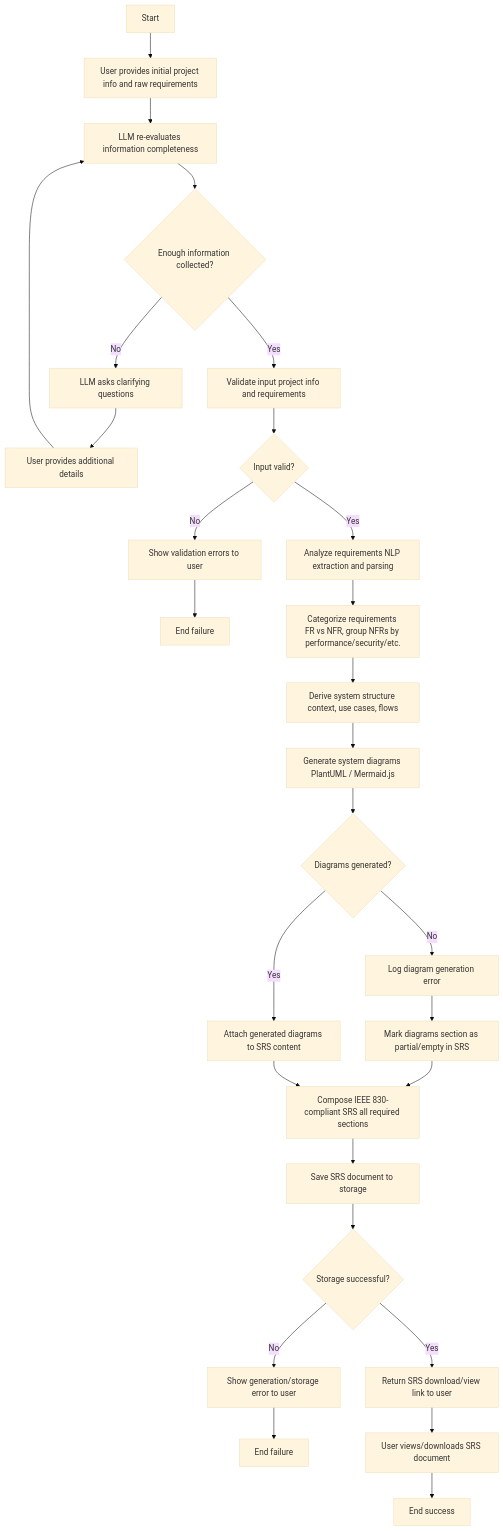
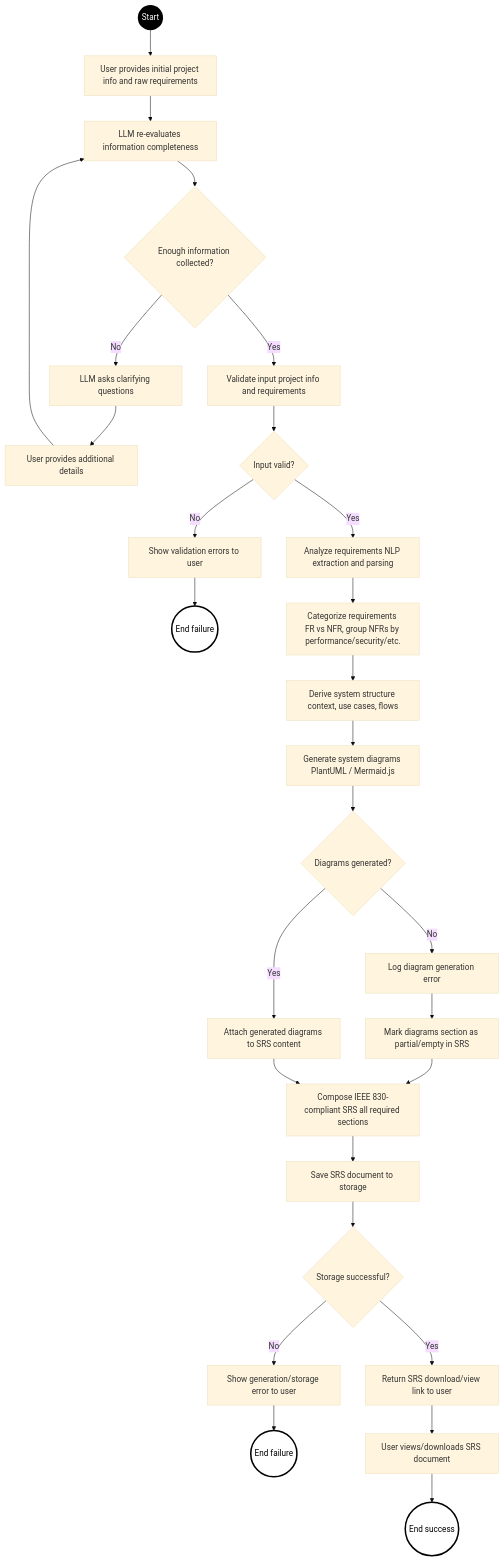
Before and after one commit to Ta1al/automated-SRS-generator: the diagram in documentation/activity-diagram.md, drawn with Mermaid (base theme).

Commit message:
Refactor activity diagram for FR4 process to improve node representation and enhance clarity

````diff
--- a/documentation/activity-diagram.md
+++ b/documentation/activity-diagram.md
@@ -5,43 +5,48 @@
 ```mermaid
 flowchart TD
     %% FR-4: SRS Document Generation - Activity Diagram (LLM-driven trigger)
 
-    A[Start] --> B[User provides initial project info and raw requirements]
+    A((Start)) --> B[User provides initial project info and raw requirements]
 
     B --> C[LLM evaluates information completeness]
     C --> D{Enough information collected?}
 
     D -- No --> E[LLM asks clarifying questions]
     E --> F[User provides additional details]
     F --> C[LLM re-evaluates information completeness]
 
     D -- Yes --> G[Validate input project info and requirements]
     G --> H{Input valid?}
 
     H -- No --> I[Show validation errors to user]
-    I --> J[End failure]
+    I --> J((End failure))
 
     H -- Yes --> K[Analyze requirements NLP extraction and parsing]
     K --> L[Categorize requirements FR vs NFR, group NFRs by performance/security/etc.]
 
     L --> M[Derive system structure context, use cases, flows]
     M --> N[Generate system diagrams PlantUML / Mermaid.js]
     N --> O{Diagrams generated?}
 
     O -- No --> P[Log diagram generation error]
     P --> Q[Mark diagrams section as partial/empty in SRS]
     Q --> R[Compose IEEE 830-compliant SRS all required sections]
 
     O -- Yes --> S[Attach generated diagrams to SRS content]
     S --> R[Compose IEEE 830-compliant SRS all required sections]
 
     R --> T[Save SRS document to storage]
     T --> U{Storage successful?}
 
     U -- No --> V[Show generation/storage error to user]
-    V --> W[End failure]
+    V --> W((End failure))
 
     U -- Yes --> X[Return SRS download/view link to user]
     X --> Y[User views/downloads SRS document]
-    Y --> Z[End success]
+    Y --> Z((End success))
+
+    classDef startNode fill:#000,stroke:#000,stroke-width:0,color:#fff;
+    classDef endNode fill:none,stroke:#000,stroke-width:3,color:#000;
+    class A startNode;
+    class J,Z,W endNode;
 ```
````
